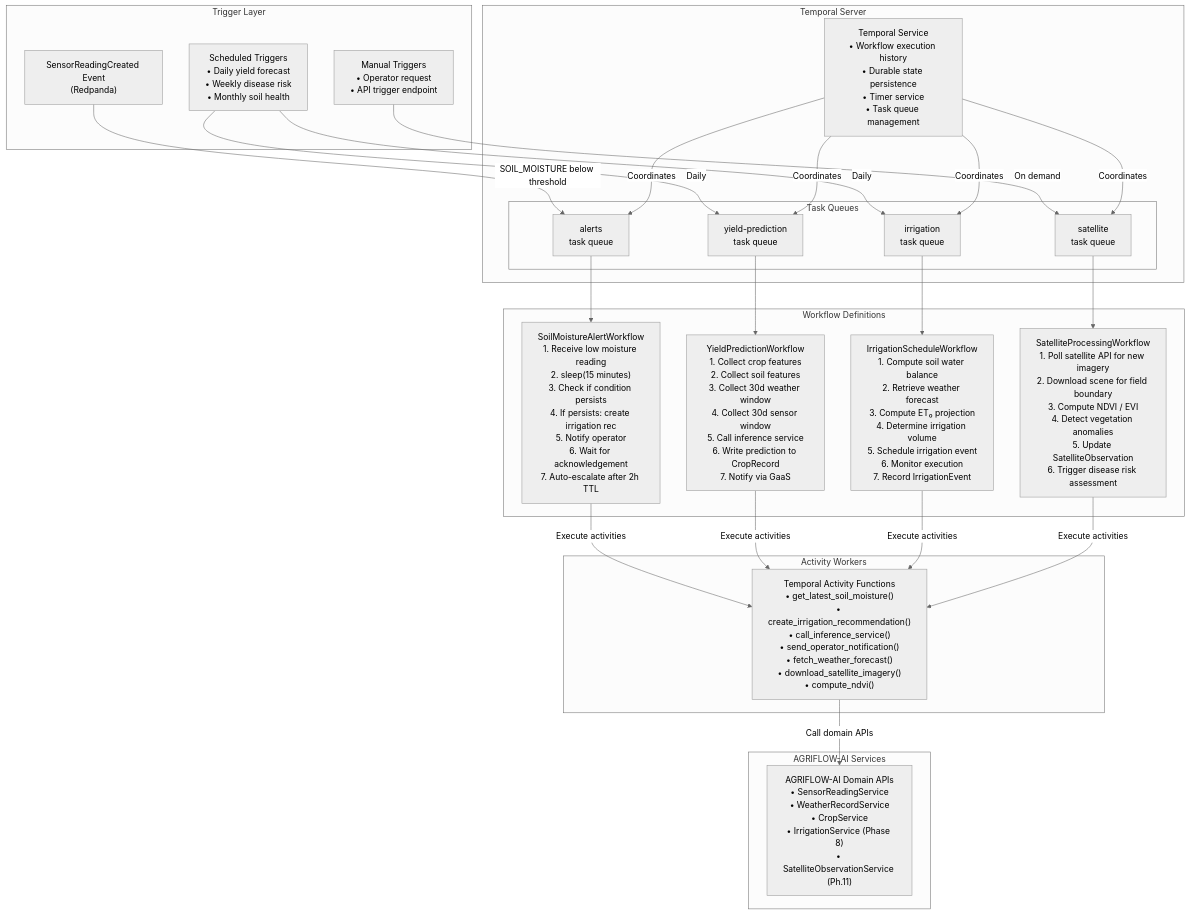
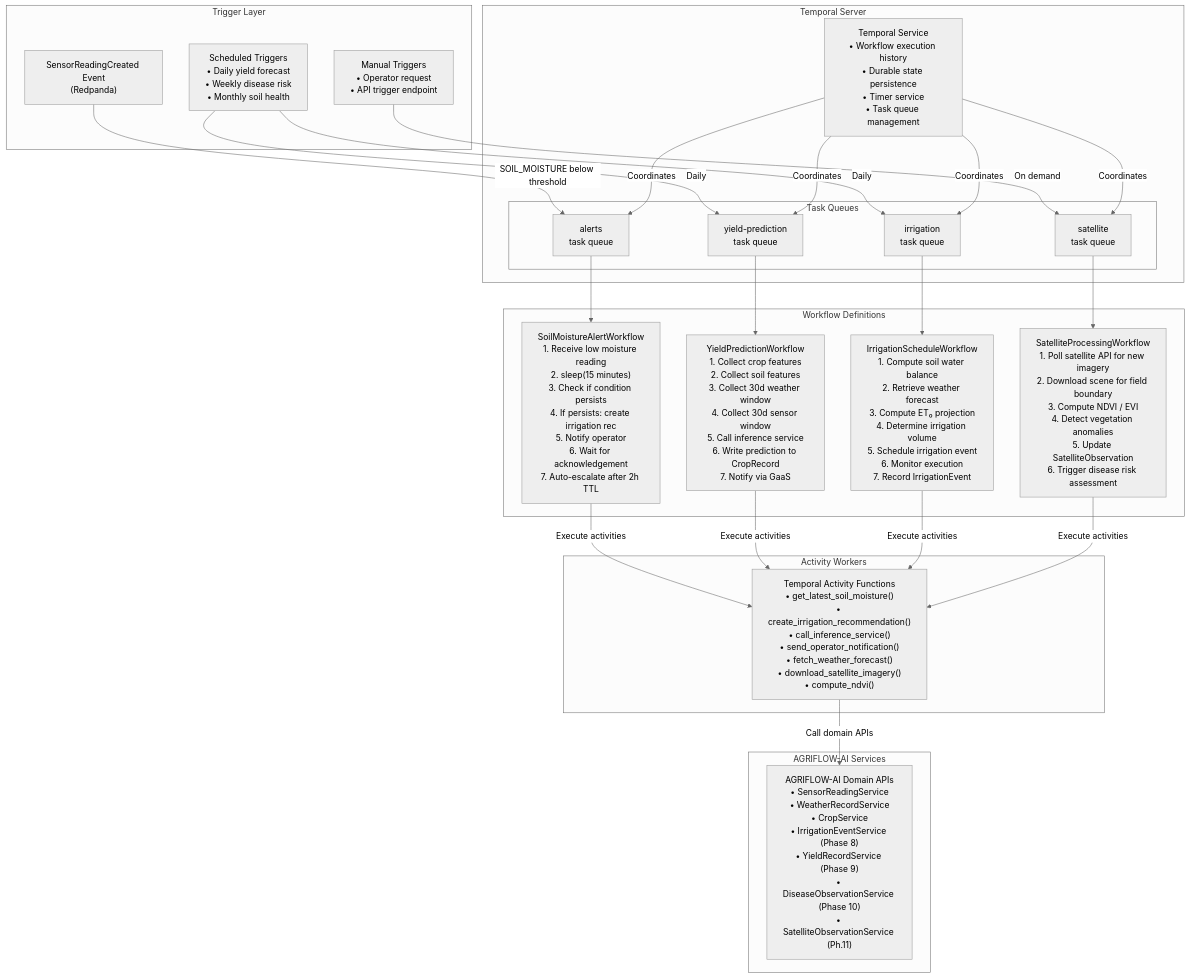
One commit to santoshnarayanan/AGRIFLOW-AI changed diagram 14 of 18 in docs/09-architecture-diagrams.md. Above: the diagram before and after it, drawn with Mermaid (neutral theme). The commit also changed other lines of this file and 1 other file, not shown here.

Commit message:
Phase 10 - docs: documents updated

````diff
--- a/docs/09-architecture-diagrams.md
+++ b/docs/09-architecture-diagrams.md
@@ -931,50 +987,50 @@
 ```mermaid
 graph TB
     subgraph "Trigger Layer"
         SENSOR_EVENT["SensorReadingCreated Event\n(Redpanda)"]
         SCHEDULED["Scheduled Triggers\n• Daily yield forecast\n• Weekly disease risk\n• Monthly soil health"]
         MANUAL["Manual Triggers\n• Operator request\n• API trigger endpoint"]
     end
 
     subgraph "Temporal Server"
         TS["Temporal Service\n• Workflow execution history\n• Durable state persistence\n• Timer service\n• Task queue management"]
         subgraph "Task Queues"
             Q1["alerts\ntask queue"]
             Q2["yield-prediction\ntask queue"]
             Q3["irrigation\ntask queue"]
             Q4["satellite\ntask queue"]
         end
     end
 
     subgraph "Workflow Definitions"
         W1["SoilMoistureAlertWorkflow\n1. Receive low moisture reading\n2. sleep(15 minutes)\n3. Check if condition persists\n4. If persists: create irrigation rec\n5. Notify operator\n6. Wait for acknowledgement\n7. Auto-escalate after 2h TTL"]
 
         W2["YieldPredictionWorkflow\n1. Collect crop features\n2. Collect soil features\n3. Collect 30d weather window\n4. Collect 30d sensor window\n5. Call inference service\n6. Write prediction to CropRecord\n7. Notify via GaaS"]
 
         W3["IrrigationScheduleWorkflow\n1. Compute soil water balance\n2. Retrieve weather forecast\n3. Compute ET₀ projection\n4. Determine irrigation volume\n5. Schedule irrigation event\n6. Monitor execution\n7. Record IrrigationEvent"]
 
         W4["SatelliteProcessingWorkflow\n1. Poll satellite API for new imagery\n2. Download scene for field boundary\n3. Compute NDVI / EVI\n4. Detect vegetation anomalies\n5. Update SatelliteObservation\n6. Trigger disease risk assessment"]
     end
 
     subgraph "Activity Workers"
         ACT["Temporal Activity Functions\n• get_latest_soil_moisture()\n• create_irrigation_recommendation()\n• call_inference_service()\n• send_operator_notification()\n• fetch_weather_forecast()\n• download_satellite_imagery()\n• compute_ndvi()"]
     end
 
     subgraph "AGRIFLOW-AI Services"
-        AGRIFLOW["AGRIFLOW-AI Domain APIs\n• SensorReadingService\n• WeatherRecordService\n• CropService\n• IrrigationService (Phase 8)\n• SatelliteObservationService (Ph.11)"]
+        AGRIFLOW["AGRIFLOW-AI Domain APIs\n• SensorReadingService\n• WeatherRecordService\n• CropService\n• IrrigationEventService (Phase 8)\n• YieldRecordService (Phase 9)\n• DiseaseObservationService (Phase 10)\n• SatelliteObservationService (Ph.11)"]
     end
 
     SENSOR_EVENT -->|"SOIL_MOISTURE below threshold"| Q1
     SCHEDULED -->|"Daily"| Q2
     SCHEDULED -->|"Daily"| Q3
     MANUAL -->|"On demand"| Q4
 
     Q1 --> W1
     Q2 --> W2
     Q3 --> W3
     Q4 --> W4
 
     W1 & W2 & W3 & W4 -->|"Execute activities"| ACT
     ACT -->|"Call domain APIs"| AGRIFLOW
     TS -->|"Coordinates"| Q1 & Q2 & Q3 & Q4
 ```
````
